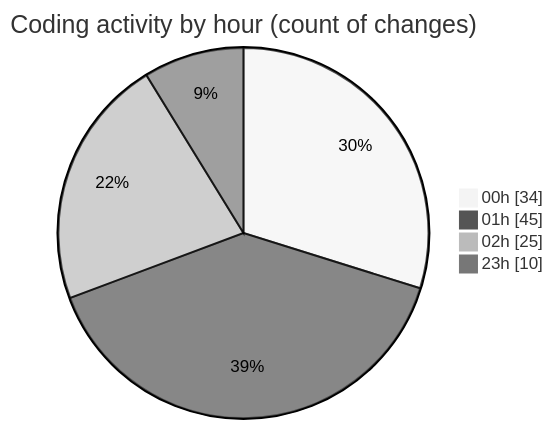
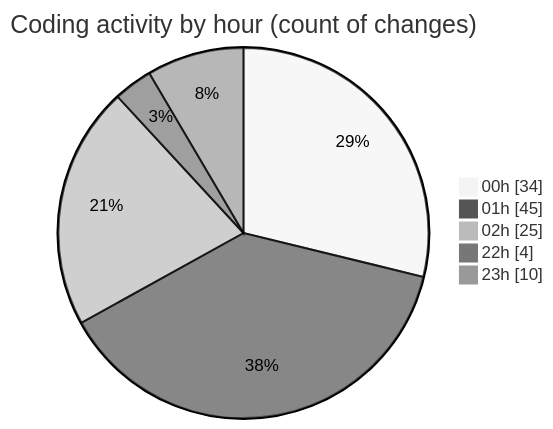
The second of 2 diagrams in 2025-07-15/nhahang/README.md (lephambinh05/code-tracking), drawn with Mermaid (neutral theme) before and after one commit. The commit also changed other lines of this file and 1 other file, not shown here.

````diff
--- a/2025-07-15/nhahang/README.md
+++ b/2025-07-15/nhahang/README.md
@@ -85,8 +86,9 @@
 ```mermaid
 pie showData
 title Coding activity by hour (count of changes)
 "00h" : 34
 "01h" : 45
 "02h" : 25
+"22h" : 4
 "23h" : 10
 ```
````
